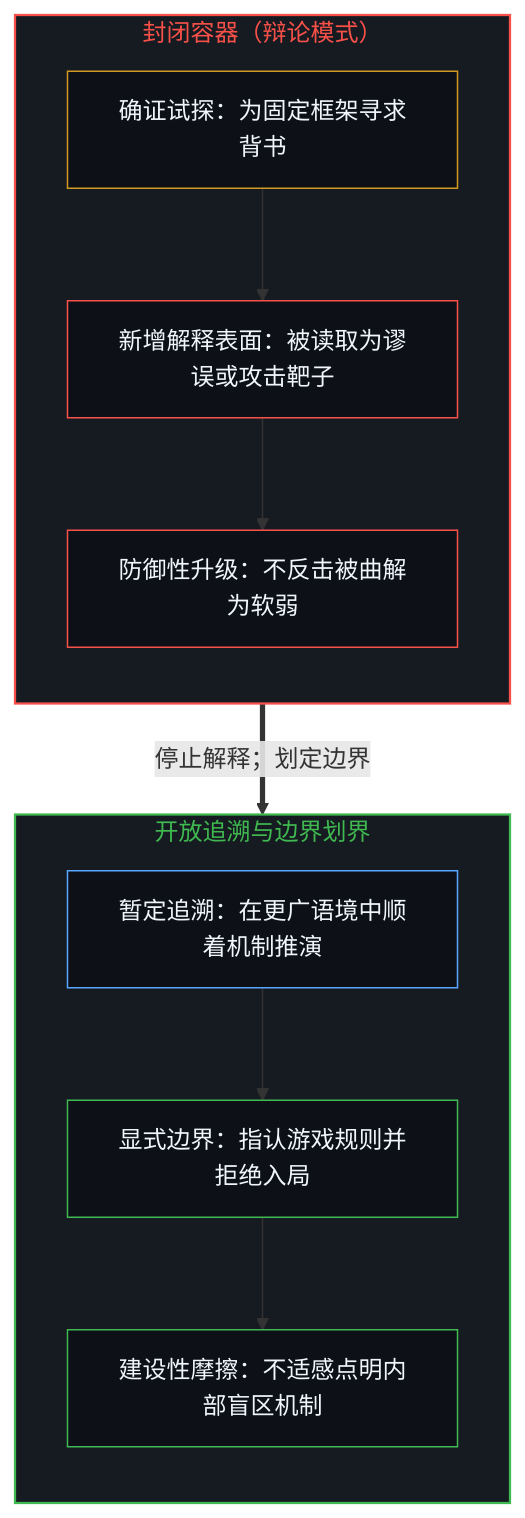
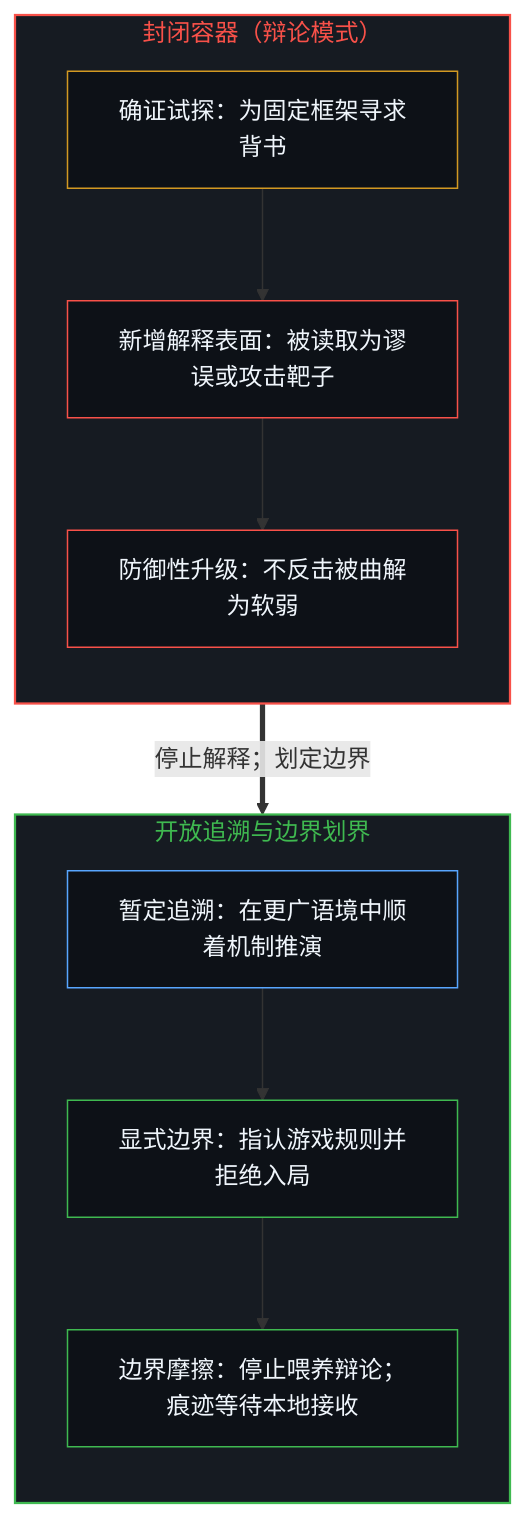
One commit to powerpig99/not-a-toe changed the first of 2 diagrams in content/posts/why-explanation-fails.md. Above: the diagram before and after it, drawn with Mermaid. The commit also changed other lines of this file and 2 other files, not shown here.

````diff
--- a/content/posts/why-explanation-fails.md
+++ b/content/posts/why-explanation-fails.md
@@ -45,29 +45,26 @@
 ```mermaid
 flowchart TD
     subgraph S_Debate["封闭容器（辩论模式）"]
         direction TB
         D_Probe["确证试探：为固定框架寻求背书"]
         D_Surface["新增解释表面：被读取为谬误或攻击靶子"]
         D_Escalate["防御性升级：不反击被曲解为软弱"]
         D_Probe --> D_Surface --> D_Escalate
     end
-
     subgraph S_Trace["开放追溯与边界划界"]
         direction TB
         T_Map["暂定追溯：在更广语境中顺着机制推演"]
         T_Bound["显式边界：指认游戏规则并拒绝入局"]
-        T_Friction["建设性摩擦：不适感点明内部盲区机制"]
+        T_Friction["边界摩擦：停止喂养辩论；痕迹等待本地接收"]
         T_Map --> T_Bound --> T_Friction
     end
-
     D_Escalate ==>|"停止解释；划定边界"| T_Bound
-
     style S_Debate fill:#161b22,stroke:#f85149,stroke-width:1.5px,color:#f85149
     style S_Trace fill:#161b22,stroke:#3fb950,stroke-width:1.5px,color:#3fb950
     style D_Probe fill:#0d1117,stroke:#d29922,stroke-width:1px,color:#f0f6fc
     style D_Surface fill:#0d1117,stroke:#f85149,stroke-width:1px,color:#f0f6fc
     style D_Escalate fill:#0d1117,stroke:#f85149,stroke-width:1px,color:#f0f6fc
     style T_Map fill:#0d1117,stroke:#58a6ff,stroke-width:1px,color:#f0f6fc
     style T_Bound fill:#0d1117,stroke:#3fb950,stroke-width:1px,color:#f0f6fc
     style T_Friction fill:#0d1117,stroke:#3fb950,stroke-width:1px,color:#f0f6fc
 ```
````
